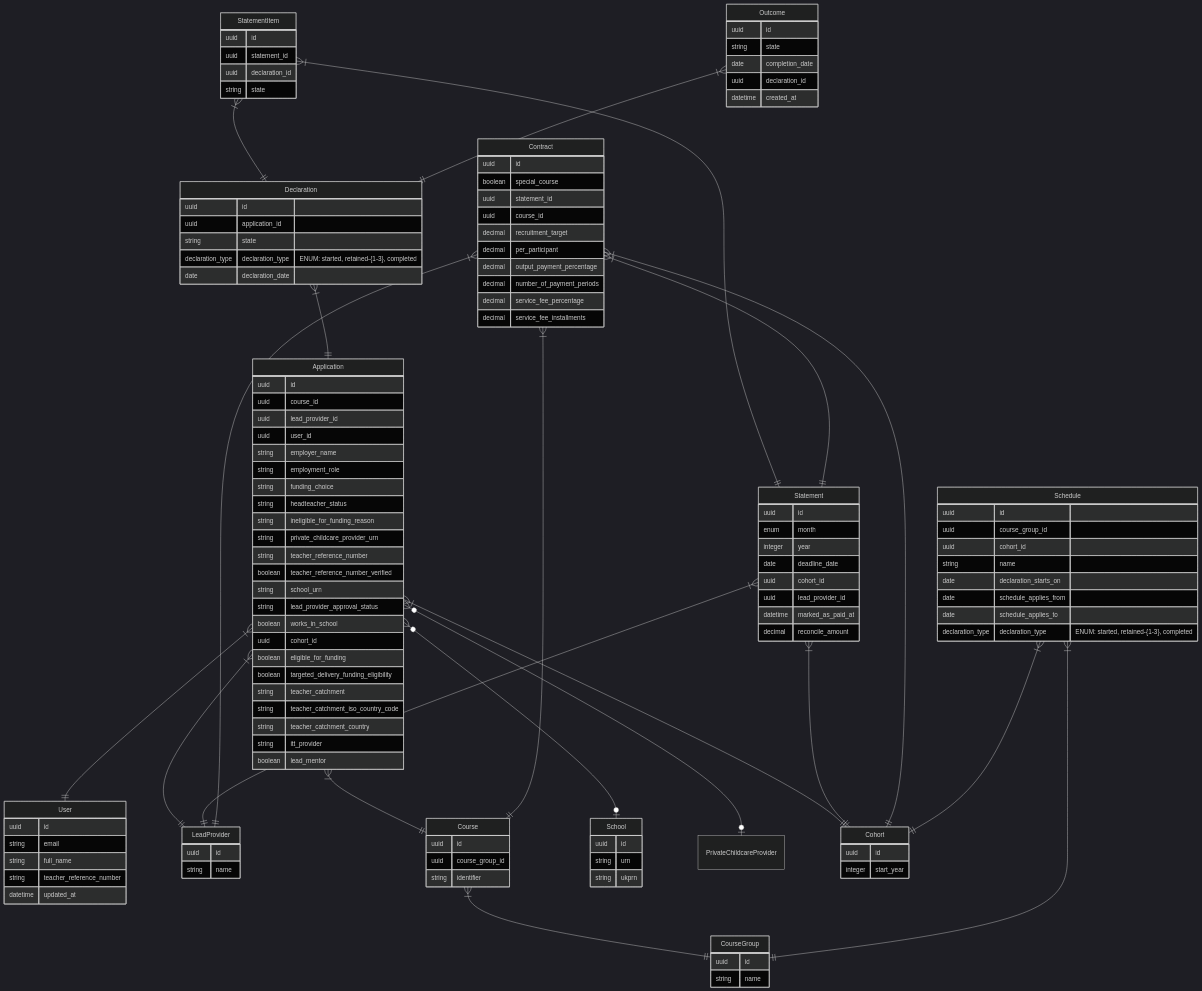
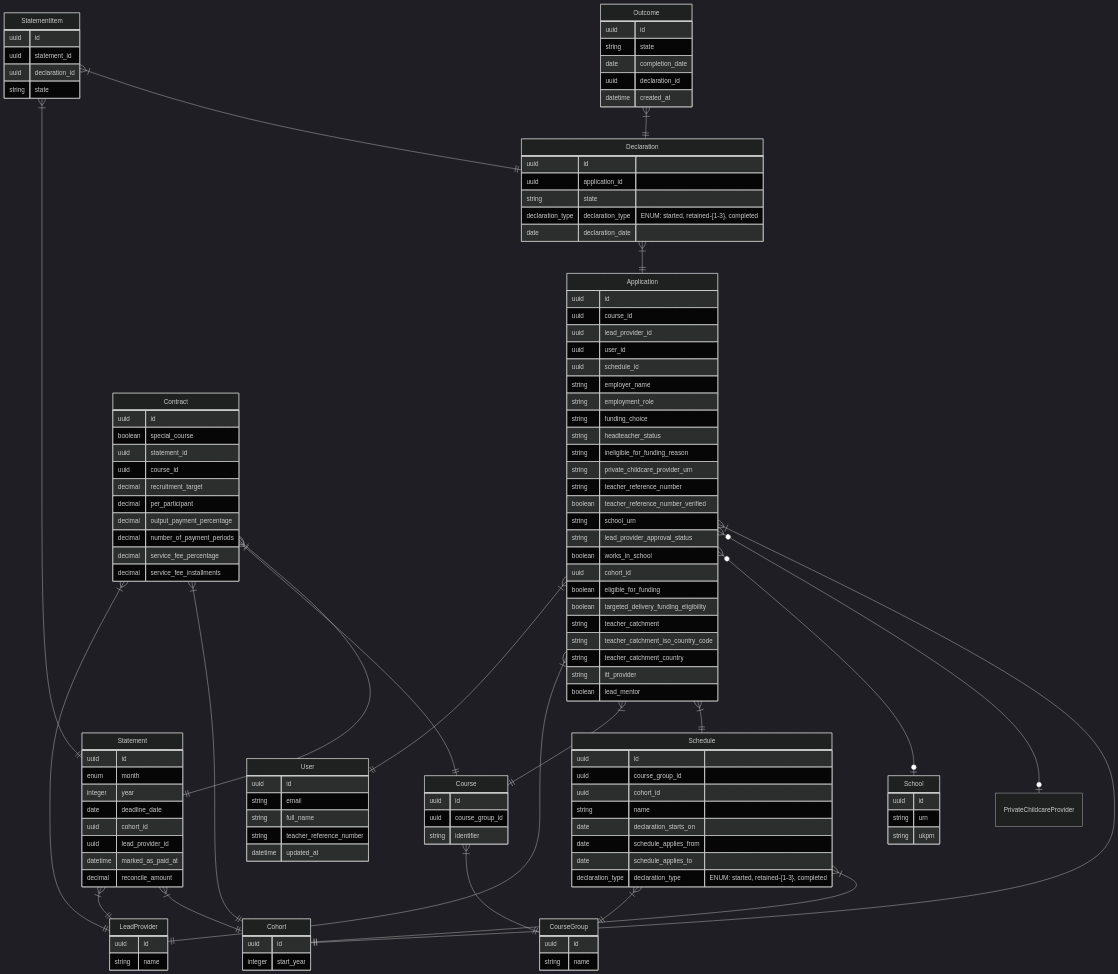
One commit to DFE-Digital/npq-separation changed the second of 4 diagrams in data-modelling.md. Above: the diagram before and after it, drawn with Mermaid (dark theme).

Commit message:
Add schedule to applications

```diff
--- a/data-modelling.md
+++ b/data-modelling.md
@@ -36,6 +36,7 @@
     Application }|--|| User : ""
     Application }|--|| LeadProvider : ""
     Application }|--|| Course : ""
+    Application }|--|| Schedule : ""
     Application }o--o| School : ""
     Application }o--o| PrivateChildcareProvider : ""
     Application }|--|| Cohort : ""
@@ -85,6 +86,7 @@
         uuid course_id
         uuid lead_provider_id
         uuid user_id
+        uuid schedule_id
         string employer_name
         string employment_role
         string funding_choice
```
